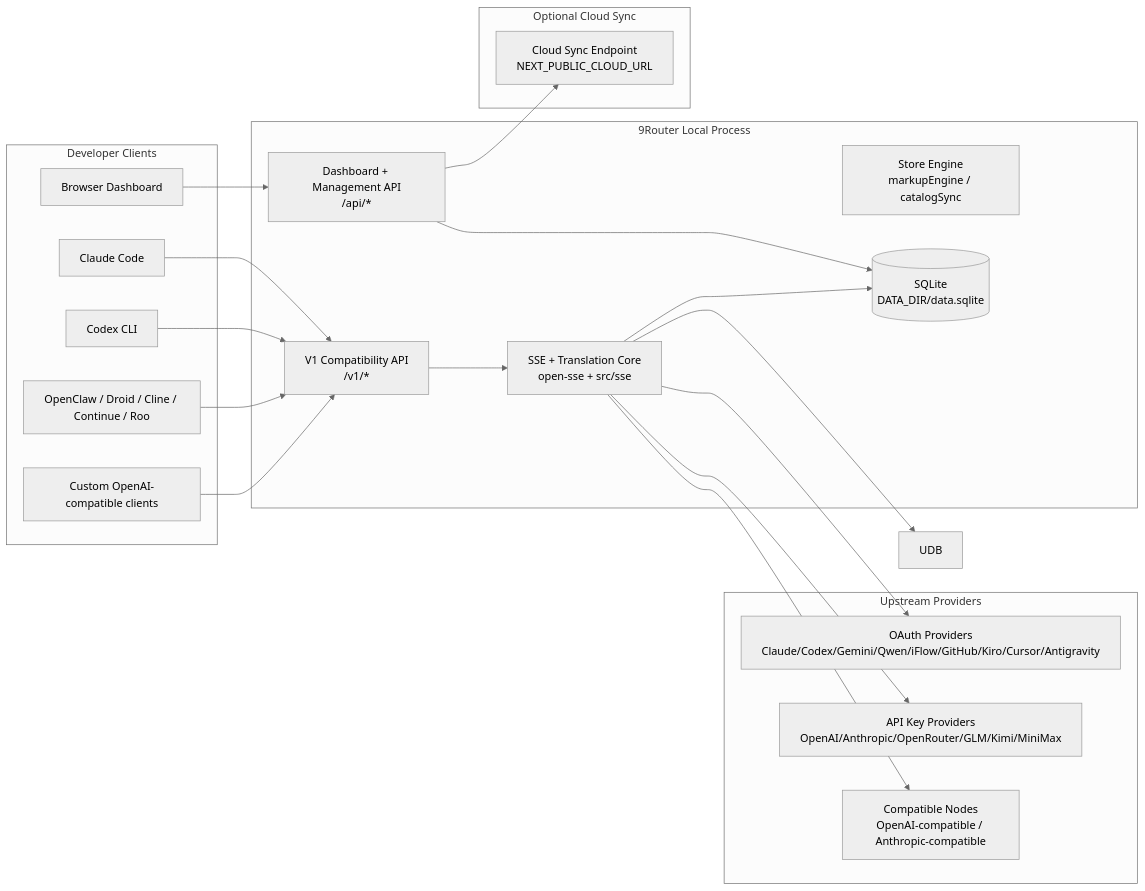
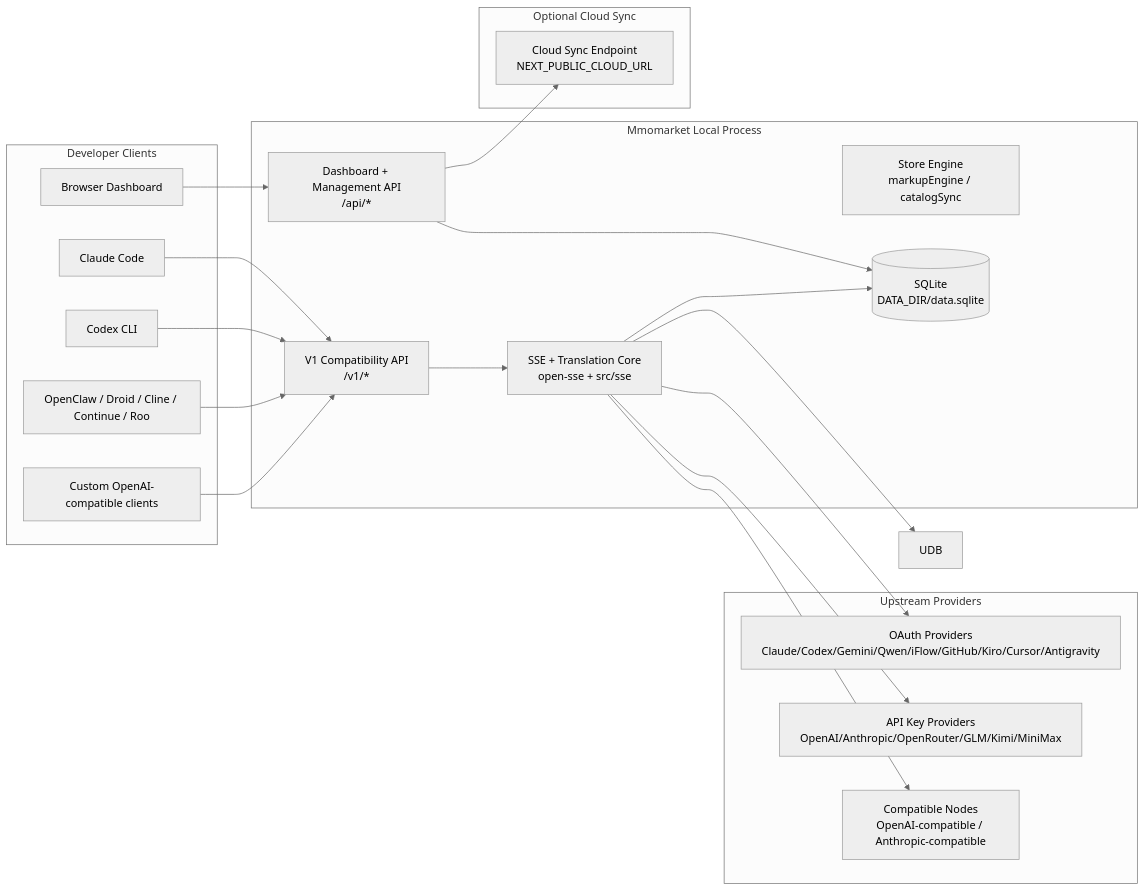
Before and after one commit to deptrai/9router: the first of 6 diagrams in apps/legacy/docs/ARCHITECTURE.md, drawn with Mermaid (neutral theme). The commit also changed other lines of this file and 535 other files, not shown here.

First line of the commit message:
chore: rename project 9router -> mmomarket (domain mmomarket.org)

````diff
--- a/apps/legacy/docs/ARCHITECTURE.md
+++ b/apps/legacy/docs/ARCHITECTURE.md
@@ -46,45 +46,45 @@
 ```mermaid
 flowchart LR
     subgraph Clients[Developer Clients]
         C1[Claude Code]
         C2[Codex CLI]
         C3[OpenClaw / Droid / Cline / Continue / Roo]
         C4[Custom OpenAI-compatible clients]
         BROWSER[Browser Dashboard]
     end
 
-    subgraph Router[9Router Local Process]
+    subgraph Router[Mmomarket Local Process]
         API[V1 Compatibility API\n/v1/*]
         DASH[Dashboard + Management API\n/api/*]
         CORE[SSE + Translation Core\nopen-sse + src/sse]
         STORE[Store Engine\nmarkupEngine / catalogSync]
         DB[(SQLite\nDATA_DIR/data.sqlite)]
     end
 
     subgraph Upstreams[Upstream Providers]
         P1[OAuth Providers\nClaude/Codex/Gemini/Qwen/iFlow/GitHub/Kiro/Cursor/Antigravity]
         P2[API Key Providers\nOpenAI/Anthropic/OpenRouter/GLM/Kimi/MiniMax]
         P3[Compatible Nodes\nOpenAI-compatible / Anthropic-compatible]
     end
 
     subgraph Cloud[Optional Cloud Sync]
         CLOUD[Cloud Sync Endpoint\nNEXT_PUBLIC_CLOUD_URL]
     end
 
     C1 --> API
     C2 --> API
     C3 --> API
     C4 --> API
     BROWSER --> DASH
 
     API --> CORE
     DASH --> DB
     CORE --> DB
     CORE --> UDB
 
     CORE --> P1
     CORE --> P2
     CORE --> P3
 
     DASH --> CLOUD
 ```
````
